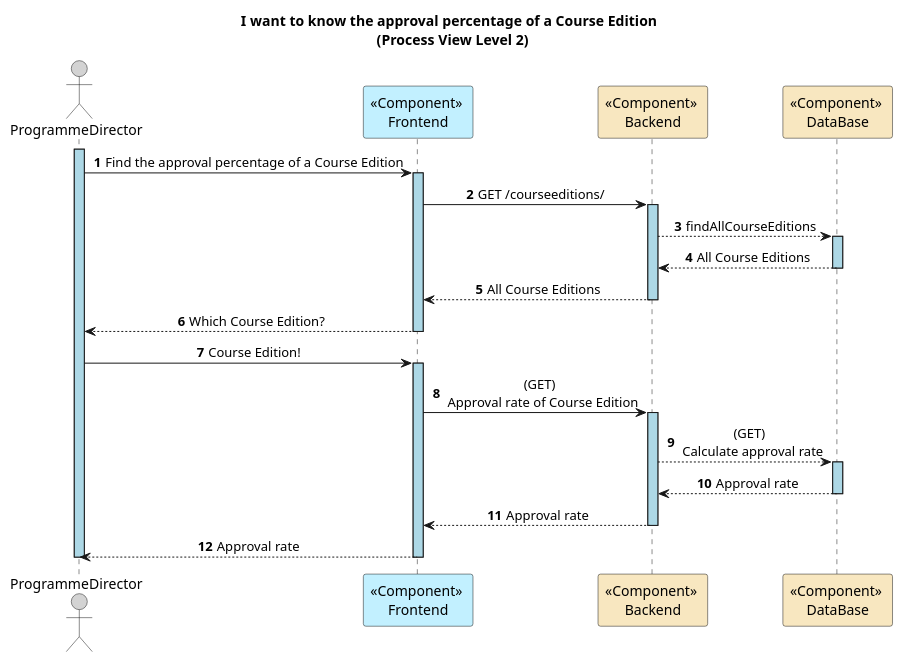
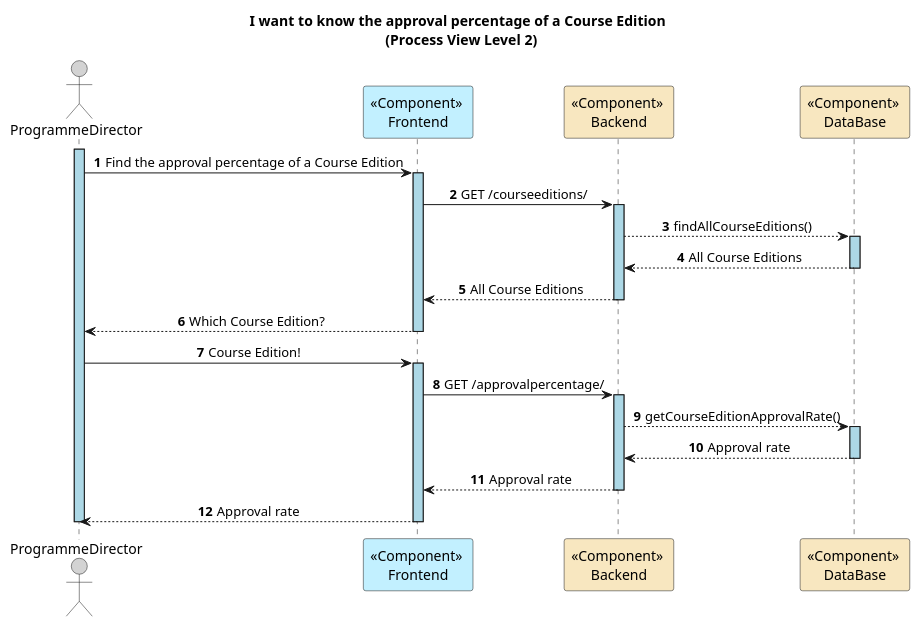
The diagram in docs/US23/REST_API/ProcessView/Level2.puml (GasparISEP/DevOps-PAI), drawn with PlantUML before and after one commit.

Commit message:
Update Process View Level 2's Diagram. Refs #565

```diff
--- a/docs/US23/REST_API/ProcessView/Level2.puml
+++ b/docs/US23/REST_API/ProcessView/Level2.puml
@@ -1,40 +1,40 @@
 @startuml
 autonumber
 skinparam sequenceMessageAlign center
 skinparam sequenceLifeLineBackgroundColor lightblue
 title: I want to know the approval percentage of a Course Edition \n (Process View Level 2)
 actor ProgrammeDirector as ProgrammeDirector #lightgrey
 
 participant "<<Component>> \nFrontend" as FE #application
 participant "<<Component>> \nBackend" as BE #strategy
 participant "<<Component>> \nDataBase" as Database #strategy
 
 activate ProgrammeDirector
 ProgrammeDirector -> FE : Find the approval percentage of a Course Edition
 activate FE
 FE -> BE : GET /courseeditions/
 activate BE
-BE --> Database : findAllCourseEditions
+BE --> Database : findAllCourseEditions()
 activate Database
 Database --> BE : All Course Editions
 deactivate Database
 BE --> FE : All Course Editions
 deactivate BE
 FE --> ProgrammeDirector : Which Course Edition?
 deactivate FE
 
 ProgrammeDirector -> FE: Course Edition!
 activate FE
-FE -> BE : (GET) \n Approval rate of Course Edition
+FE -> BE : GET /approvalpercentage/
 activate BE
-BE --> Database : (GET) \n Calculate approval rate
+BE --> Database : getCourseEditionApprovalRate()
 activate Database
 Database --> BE :Approval rate
 deactivate Database
 BE --> FE : Approval rate
 deactivate BE
 FE --> ProgrammeDirector : Approval rate
 deactivate FE
 deactivate ProgrammeDirector
 
 @enduml
```
